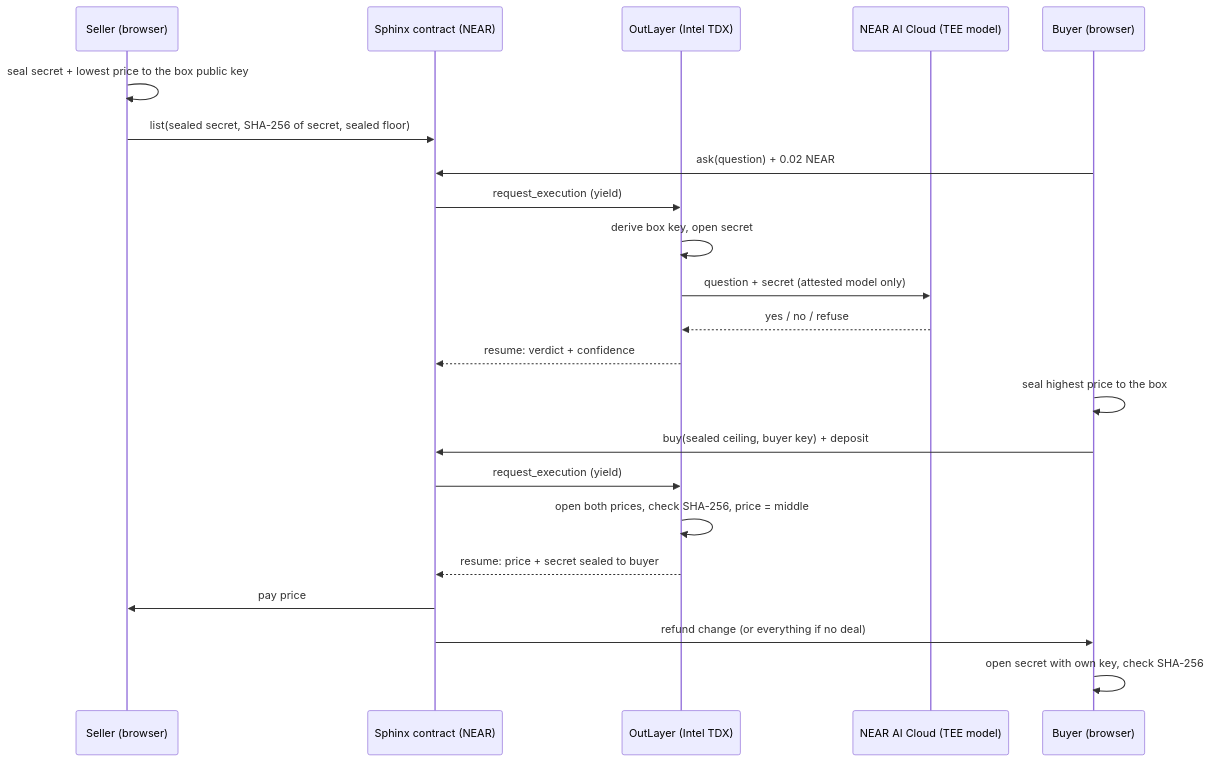
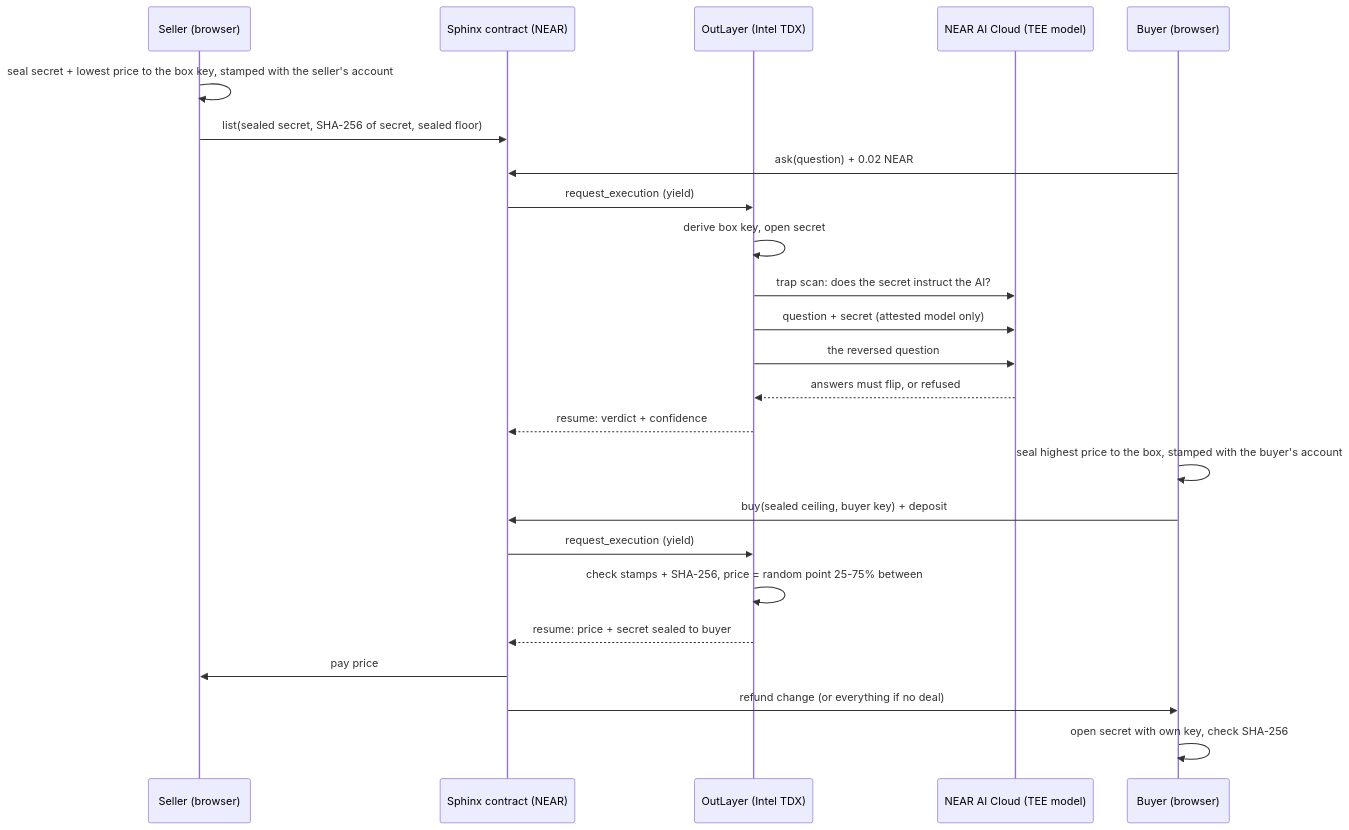
The diagram in README.md (Jennivarl/sphinx), drawn with Mermaid before and after one commit. The commit also changed other lines of this file and 9 other files, not shown here.

First line of the commit message:
Bind seals to their owners, verify answers and randomise the settlement point

````diff
--- a/README.md
+++ b/README.md
@@ -18,24 +18,26 @@
 ```mermaid
 sequenceDiagram
   participant S as Seller (browser)
   participant C as Sphinx contract (NEAR)
   participant O as OutLayer (Intel TDX)
   participant AI as NEAR AI Cloud (TEE model)
   participant B as Buyer (browser)
-  S->>S: seal secret + lowest price to the box public key
+  S->>S: seal secret + lowest price to the box key, stamped with the seller's account
   S->>C: list(sealed secret, SHA-256 of secret, sealed floor)
   B->>C: ask(question) + 0.02 NEAR
   C->>O: request_execution (yield)
   O->>O: derive box key, open secret
+  O->>AI: trap scan: does the secret instruct the AI?
   O->>AI: question + secret (attested model only)
-  AI-->>O: yes / no / refuse
+  O->>AI: the reversed question
+  AI-->>O: answers must flip, or refused
   O-->>C: resume: verdict + confidence
-  B->>B: seal highest price to the box
+  B->>B: seal highest price to the box, stamped with the buyer's account
   B->>C: buy(sealed ceiling, buyer key) + deposit
   C->>O: request_execution (yield)
-  O->>O: open both prices, check SHA-256, price = middle
+  O->>O: check stamps + SHA-256, price = random point 25-75% between
   O-->>C: resume: price + secret sealed to buyer
   C->>S: pay price
   C->>B: refund change (or everything if no deal)
   B->>B: open secret with own key, check SHA-256
 ```
````
